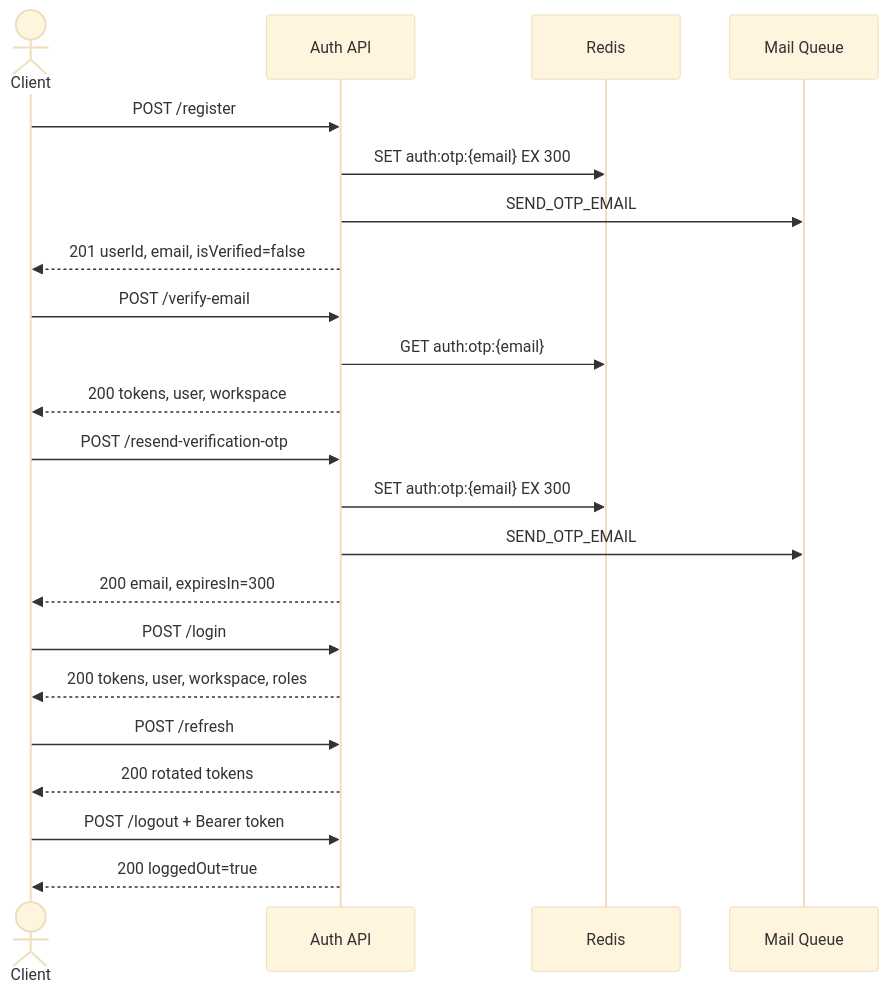
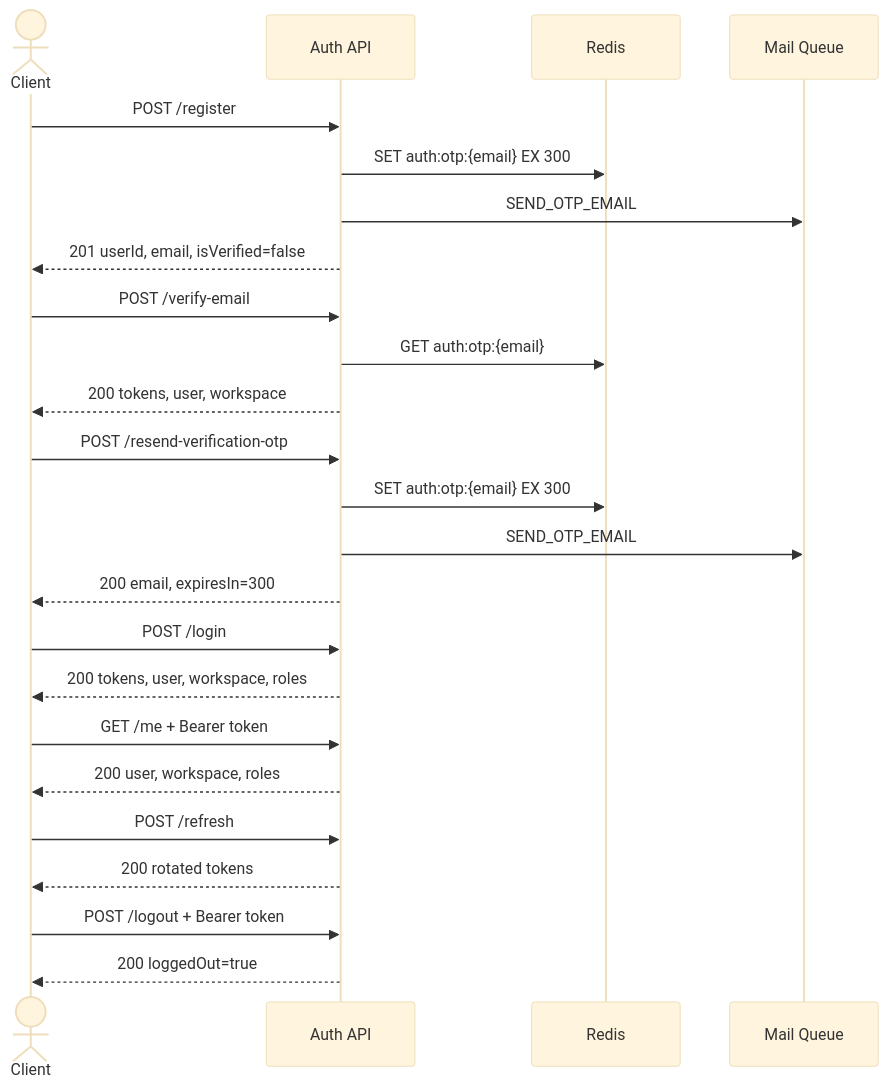
One commit to keyntk78/node-mind-server changed the diagram in docs/auth/index.md. Above: the diagram before and after it, drawn with Mermaid (base theme). The commit also changed other lines of this file and 10 other files, not shown here.

Commit message:
feat(auth): implement Current User API with context retrieval and response structure

````diff
--- a/docs/auth/index.md
+++ b/docs/auth/index.md
@@ -34,30 +35,33 @@
 ```mermaid
 sequenceDiagram
     actor C as Client
     participant API as Auth API
     participant R as Redis
     participant M as Mail Queue
 
     C->>API: POST /register
     API->>R: SET auth:otp:{email} EX 300
     API->>M: SEND_OTP_EMAIL
     API-->>C: 201 userId, email, isVerified=false
 
     C->>API: POST /verify-email
     API->>R: GET auth:otp:{email}
     API-->>C: 200 tokens, user, workspace
 
     C->>API: POST /resend-verification-otp
     API->>R: SET auth:otp:{email} EX 300
     API->>M: SEND_OTP_EMAIL
     API-->>C: 200 email, expiresIn=300
 
     C->>API: POST /login
     API-->>C: 200 tokens, user, workspace, roles
 
+    C->>API: GET /me + Bearer token
+    API-->>C: 200 user, workspace, roles
+
     C->>API: POST /refresh
     API-->>C: 200 rotated tokens
 
     C->>API: POST /logout + Bearer token
     API-->>C: 200 loggedOut=true
 ```
````
